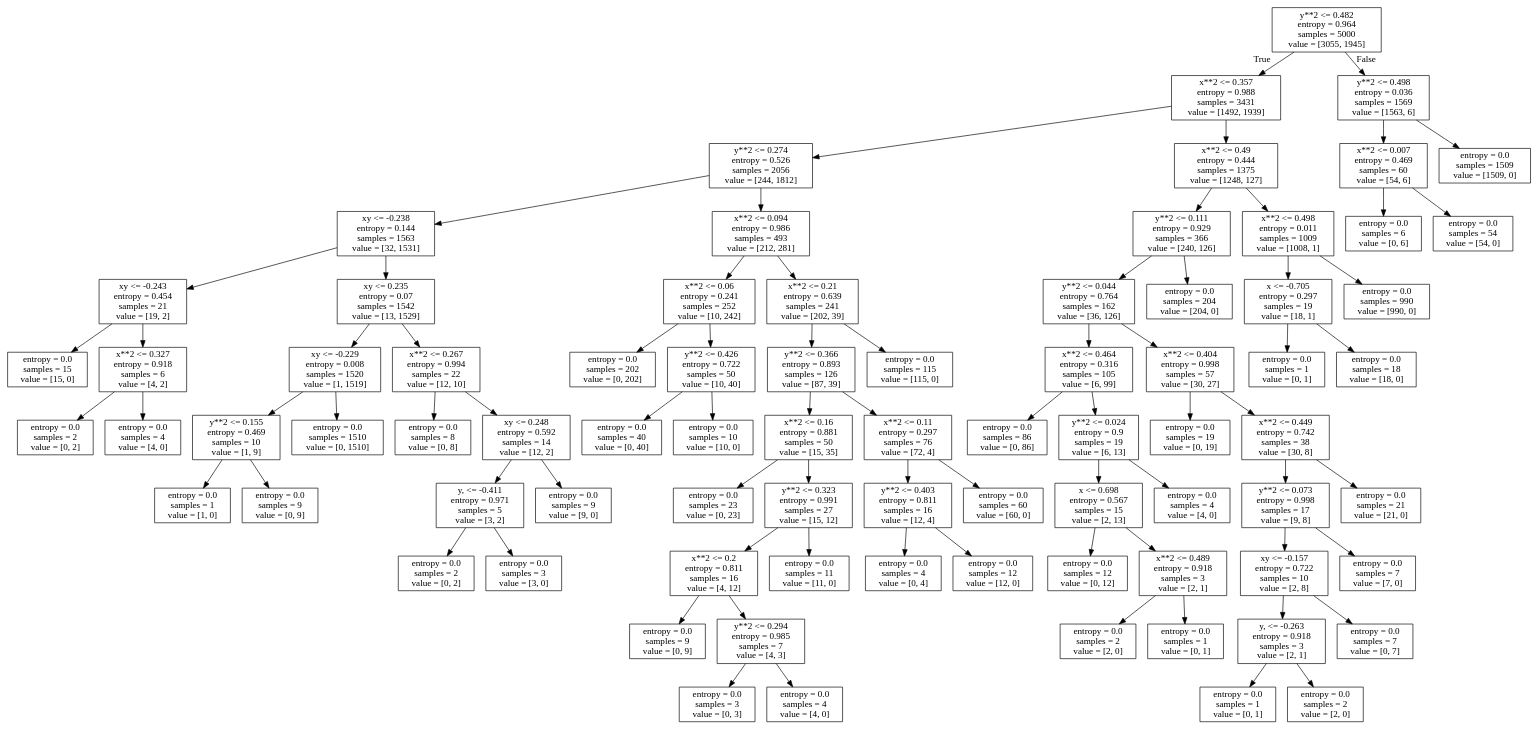
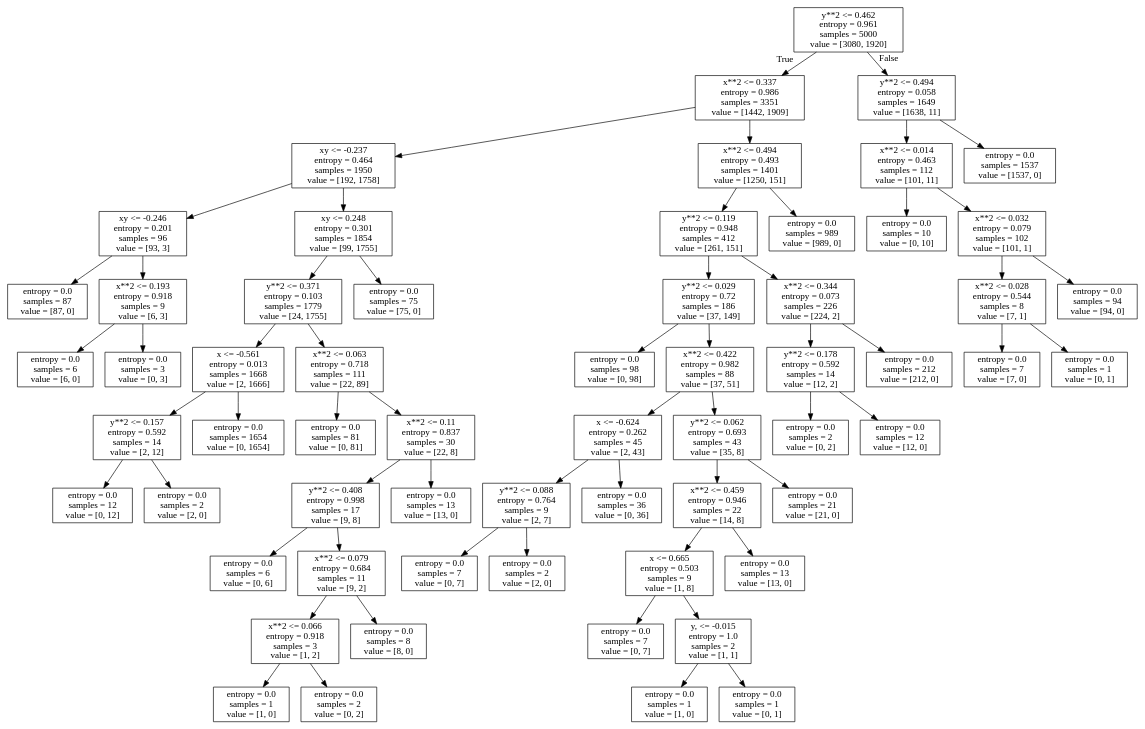
The diagram in Assignment3/t5a.dot (AbtahiChowdhury/csc59929-Intro-to-Machine-Learning), drawn with Graphviz before and after one commit. The commit also changed 9 other files, not shown here.

```diff
--- a/Assignment3/t5a.dot
+++ b/Assignment3/t5a.dot
@@ -1,160 +1,124 @@
 digraph Tree {
 node [shape=box] ;
-0 [label="y**2 <= 0.482\nentropy = 0.964\nsamples = 5000\nvalue = [3055, 1945]"] ;
-1 [label="x**2 <= 0.357\nentropy = 0.988\nsamples = 3431\nvalue = [1492, 1939]"] ;
+0 [label="y**2 <= 0.462\nentropy = 0.961\nsamples = 5000\nvalue = [3080, 1920]"] ;
+1 [label="x**2 <= 0.337\nentropy = 0.986\nsamples = 3351\nvalue = [1442, 1909]"] ;
 0 -> 1 [labeldistance=2.5, labelangle=45, headlabel="True"] ;
-2 [label="y**2 <= 0.274\nentropy = 0.526\nsamples = 2056\nvalue = [244, 1812]"] ;
+2 [label="xy <= -0.237\nentropy = 0.464\nsamples = 1950\nvalue = [192, 1758]"] ;
 1 -> 2 ;
-3 [label="xy <= -0.238\nentropy = 0.144\nsamples = 1563\nvalue = [32, 1531]"] ;
+3 [label="xy <= -0.246\nentropy = 0.201\nsamples = 96\nvalue = [93, 3]"] ;
 2 -> 3 ;
-4 [label="xy <= -0.243\nentropy = 0.454\nsamples = 21\nvalue = [19, 2]"] ;
+4 [label="entropy = 0.0\nsamples = 87\nvalue = [87, 0]"] ;
 3 -> 4 ;
-5 [label="entropy = 0.0\nsamples = 15\nvalue = [15, 0]"] ;
-4 -> 5 ;
-6 [label="x**2 <= 0.327\nentropy = 0.918\nsamples = 6\nvalue = [4, 2]"] ;
-4 -> 6 ;
-7 [label="entropy = 0.0\nsamples = 2\nvalue = [0, 2]"] ;
-6 -> 7 ;
-8 [label="entropy = 0.0\nsamples = 4\nvalue = [4, 0]"] ;
-6 -> 8 ;
-9 [label="xy <= 0.235\nentropy = 0.07\nsamples = 1542\nvalue = [13, 1529]"] ;
-3 -> 9 ;
-10 [label="xy <= -0.229\nentropy = 0.008\nsamples = 1520\nvalue = [1, 1519]"] ;
+5 [label="x**2 <= 0.193\nentropy = 0.918\nsamples = 9\nvalue = [6, 3]"] ;
+3 -> 5 ;
+6 [label="entropy = 0.0\nsamples = 6\nvalue = [6, 0]"] ;
+5 -> 6 ;
+7 [label="entropy = 0.0\nsamples = 3\nvalue = [0, 3]"] ;
+5 -> 7 ;
+8 [label="xy <= 0.248\nentropy = 0.301\nsamples = 1854\nvalue = [99, 1755]"] ;
+2 -> 8 ;
+9 [label="y**2 <= 0.371\nentropy = 0.103\nsamples = 1779\nvalue = [24, 1755]"] ;
+8 -> 9 ;
+10 [label="x <= -0.561\nentropy = 0.013\nsamples = 1668\nvalue = [2, 1666]"] ;
 9 -> 10 ;
-11 [label="y**2 <= 0.155\nentropy = 0.469\nsamples = 10\nvalue = [1, 9]"] ;
+11 [label="y**2 <= 0.157\nentropy = 0.592\nsamples = 14\nvalue = [2, 12]"] ;
 10 -> 11 ;
-12 [label="entropy = 0.0\nsamples = 1\nvalue = [1, 0]"] ;
+12 [label="entropy = 0.0\nsamples = 12\nvalue = [0, 12]"] ;
 11 -> 12 ;
-13 [label="entropy = 0.0\nsamples = 9\nvalue = [0, 9]"] ;
+13 [label="entropy = 0.0\nsamples = 2\nvalue = [2, 0]"] ;
 11 -> 13 ;
-14 [label="entropy = 0.0\nsamples = 1510\nvalue = [0, 1510]"] ;
+14 [label="entropy = 0.0\nsamples = 1654\nvalue = [0, 1654]"] ;
 10 -> 14 ;
-15 [label="x**2 <= 0.267\nentropy = 0.994\nsamples = 22\nvalue = [12, 10]"] ;
+15 [label="x**2 <= 0.063\nentropy = 0.718\nsamples = 111\nvalue = [22, 89]"] ;
 9 -> 15 ;
-16 [label="entropy = 0.0\nsamples = 8\nvalue = [0, 8]"] ;
+16 [label="entropy = 0.0\nsamples = 81\nvalue = [0, 81]"] ;
 15 -> 16 ;
-17 [label="xy <= 0.248\nentropy = 0.592\nsamples = 14\nvalue = [12, 2]"] ;
+17 [label="x**2 <= 0.11\nentropy = 0.837\nsamples = 30\nvalue = [22, 8]"] ;
 15 -> 17 ;
-18 [label="y, <= -0.411\nentropy = 0.971\nsamples = 5\nvalue = [3, 2]"] ;
+18 [label="y**2 <= 0.408\nentropy = 0.998\nsamples = 17\nvalue = [9, 8]"] ;
 17 -> 18 ;
-19 [label="entropy = 0.0\nsamples = 2\nvalue = [0, 2]"] ;
+19 [label="entropy = 0.0\nsamples = 6\nvalue = [0, 6]"] ;
 18 -> 19 ;
-20 [label="entropy = 0.0\nsamples = 3\nvalue = [3, 0]"] ;
+20 [label="x**2 <= 0.079\nentropy = 0.684\nsamples = 11\nvalue = [9, 2]"] ;
 18 -> 20 ;
-21 [label="entropy = 0.0\nsamples = 9\nvalue = [9, 0]"] ;
-17 -> 21 ;
-22 [label="x**2 <= 0.094\nentropy = 0.986\nsamples = 493\nvalue = [212, 281]"] ;
-2 -> 22 ;
-23 [label="x**2 <= 0.06\nentropy = 0.241\nsamples = 252\nvalue = [10, 242]"] ;
-22 -> 23 ;
-24 [label="entropy = 0.0\nsamples = 202\nvalue = [0, 202]"] ;
-23 -> 24 ;
-25 [label="y**2 <= 0.426\nentropy = 0.722\nsamples = 50\nvalue = [10, 40]"] ;
-23 -> 25 ;
-26 [label="entropy = 0.0\nsamples = 40\nvalue = [0, 40]"] ;
-25 -> 26 ;
-27 [label="entropy = 0.0\nsamples = 10\nvalue = [10, 0]"] ;
-25 -> 27 ;
-28 [label="x**2 <= 0.21\nentropy = 0.639\nsamples = 241\nvalue = [202, 39]"] ;
-22 -> 28 ;
-29 [label="y**2 <= 0.366\nentropy = 0.893\nsamples = 126\nvalue = [87, 39]"] ;
+21 [label="x**2 <= 0.066\nentropy = 0.918\nsamples = 3\nvalue = [1, 2]"] ;
+20 -> 21 ;
+22 [label="entropy = 0.0\nsamples = 1\nvalue = [1, 0]"] ;
+21 -> 22 ;
+23 [label="entropy = 0.0\nsamples = 2\nvalue = [0, 2]"] ;
+21 -> 23 ;
+24 [label="entropy = 0.0\nsamples = 8\nvalue = [8, 0]"] ;
+20 -> 24 ;
+25 [label="entropy = 0.0\nsamples = 13\nvalue = [13, 0]"] ;
+17 -> 25 ;
+26 [label="entropy = 0.0\nsamples = 75\nvalue = [75, 0]"] ;
+8 -> 26 ;
+27 [label="x**2 <= 0.494\nentropy = 0.493\nsamples = 1401\nvalue = [1250, 151]"] ;
+1 -> 27 ;
+28 [label="y**2 <= 0.119\nentropy = 0.948\nsamples = 412\nvalue = [261, 151]"] ;
+27 -> 28 ;
+29 [label="y**2 <= 0.029\nentropy = 0.72\nsamples = 186\nvalue = [37, 149]"] ;
 28 -> 29 ;
-30 [label="x**2 <= 0.16\nentropy = 0.881\nsamples = 50\nvalue = [15, 35]"] ;
+30 [label="entropy = 0.0\nsamples = 98\nvalue = [0, 98]"] ;
 29 -> 30 ;
-31 [label="entropy = 0.0\nsamples = 23\nvalue = [0, 23]"] ;
-30 -> 31 ;
-32 [label="y**2 <= 0.323\nentropy = 0.991\nsamples = 27\nvalue = [15, 12]"] ;
-30 -> 32 ;
-33 [label="x**2 <= 0.2\nentropy = 0.811\nsamples = 16\nvalue = [4, 12]"] ;
+31 [label="x**2 <= 0.422\nentropy = 0.982\nsamples = 88\nvalue = [37, 51]"] ;
+29 -> 31 ;
+32 [label="x <= -0.624\nentropy = 0.262\nsamples = 45\nvalue = [2, 43]"] ;
+31 -> 32 ;
+33 [label="y**2 <= 0.088\nentropy = 0.764\nsamples = 9\nvalue = [2, 7]"] ;
 32 -> 33 ;
-34 [label="entropy = 0.0\nsamples = 9\nvalue = [0, 9]"] ;
+34 [label="entropy = 0.0\nsamples = 7\nvalue = [0, 7]"] ;
 33 -> 34 ;
-35 [label="y**2 <= 0.294\nentropy = 0.985\nsamples = 7\nvalue = [4, 3]"] ;
+35 [label="entropy = 0.0\nsamples = 2\nvalue = [2, 0]"] ;
 33 -> 35 ;
-36 [label="entropy = 0.0\nsamples = 3\nvalue = [0, 3]"] ;
-35 -> 36 ;
-37 [label="entropy = 0.0\nsamples = 4\nvalue = [4, 0]"] ;
-35 -> 37 ;
-38 [label="entropy = 0.0\nsamples = 11\nvalue = [11, 0]"] ;
-32 -> 38 ;
-39 [label="x**2 <= 0.11\nentropy = 0.297\nsamples = 76\nvalue = [72, 4]"] ;
-29 -> 39 ;
-40 [label="y**2 <= 0.403\nentropy = 0.811\nsamples = 16\nvalue = [12, 4]"] ;
+36 [label="entropy = 0.0\nsamples = 36\nvalue = [0, 36]"] ;
+32 -> 36 ;
+37 [label="y**2 <= 0.062\nentropy = 0.693\nsamples = 43\nvalue = [35, 8]"] ;
+31 -> 37 ;
+38 [label="x**2 <= 0.459\nentropy = 0.946\nsamples = 22\nvalue = [14, 8]"] ;
+37 -> 38 ;
+39 [label="x <= 0.665\nentropy = 0.503\nsamples = 9\nvalue = [1, 8]"] ;
+38 -> 39 ;
+40 [label="entropy = 0.0\nsamples = 7\nvalue = [0, 7]"] ;
 39 -> 40 ;
-41 [label="entropy = 0.0\nsamples = 4\nvalue = [0, 4]"] ;
-40 -> 41 ;
-42 [label="entropy = 0.0\nsamples = 12\nvalue = [12, 0]"] ;
-40 -> 42 ;
-43 [label="entropy = 0.0\nsamples = 60\nvalue = [60, 0]"] ;
-39 -> 43 ;
-44 [label="entropy = 0.0\nsamples = 115\nvalue = [115, 0]"] ;
-28 -> 44 ;
-45 [label="x**2 <= 0.49\nentropy = 0.444\nsamples = 1375\nvalue = [1248, 127]"] ;
-1 -> 45 ;
-46 [label="y**2 <= 0.111\nentropy = 0.929\nsamples = 366\nvalue = [240, 126]"] ;
-45 -> 46 ;
-47 [label="y**2 <= 0.044\nentropy = 0.764\nsamples = 162\nvalue = [36, 126]"] ;
+41 [label="y, <= -0.015\nentropy = 1.0\nsamples = 2\nvalue = [1, 1]"] ;
+39 -> 41 ;
+42 [label="entropy = 0.0\nsamples = 1\nvalue = [1, 0]"] ;
+41 -> 42 ;
+43 [label="entropy = 0.0\nsamples = 1\nvalue = [0, 1]"] ;
+41 -> 43 ;
+44 [label="entropy = 0.0\nsamples = 13\nvalue = [13, 0]"] ;
+38 -> 44 ;
+45 [label="entropy = 0.0\nsamples = 21\nvalue = [21, 0]"] ;
+37 -> 45 ;
+46 [label="x**2 <= 0.344\nentropy = 0.073\nsamples = 226\nvalue = [224, 2]"] ;
+28 -> 46 ;
+47 [label="y**2 <= 0.178\nentropy = 0.592\nsamples = 14\nvalue = [12, 2]"] ;
 46 -> 47 ;
-48 [label="x**2 <= 0.464\nentropy = 0.316\nsamples = 105\nvalue = [6, 99]"] ;
+48 [label="entropy = 0.0\nsamples = 2\nvalue = [0, 2]"] ;
 47 -> 48 ;
-49 [label="entropy = 0.0\nsamples = 86\nvalue = [0, 86]"] ;
-48 -> 49 ;
-50 [label="y**2 <= 0.024\nentropy = 0.9\nsamples = 19\nvalue = [6, 13]"] ;
-48 -> 50 ;
-51 [label="x <= 0.698\nentropy = 0.567\nsamples = 15\nvalue = [2, 13]"] ;
-50 -> 51 ;
-52 [label="entropy = 0.0\nsamples = 12\nvalue = [0, 12]"] ;
-51 -> 52 ;
-53 [label="x**2 <= 0.489\nentropy = 0.918\nsamples = 3\nvalue = [2, 1]"] ;
-51 -> 53 ;
-54 [label="entropy = 0.0\nsamples = 2\nvalue = [2, 0]"] ;
+49 [label="entropy = 0.0\nsamples = 12\nvalue = [12, 0]"] ;
+47 -> 49 ;
+50 [label="entropy = 0.0\nsamples = 212\nvalue = [212, 0]"] ;
+46 -> 50 ;
+51 [label="entropy = 0.0\nsamples = 989\nvalue = [989, 0]"] ;
+27 -> 51 ;
+52 [label="y**2 <= 0.494\nentropy = 0.058\nsamples = 1649\nvalue = [1638, 11]"] ;
+0 -> 52 [labeldistance=2.5, labelangle=-45, headlabel="False"] ;
+53 [label="x**2 <= 0.014\nentropy = 0.463\nsamples = 112\nvalue = [101, 11]"] ;
+52 -> 53 ;
+54 [label="entropy = 0.0\nsamples = 10\nvalue = [0, 10]"] ;
 53 -> 54 ;
-55 [label="entropy = 0.0\nsamples = 1\nvalue = [0, 1]"] ;
+55 [label="x**2 <= 0.032\nentropy = 0.079\nsamples = 102\nvalue = [101, 1]"] ;
 53 -> 55 ;
-56 [label="entropy = 0.0\nsamples = 4\nvalue = [4, 0]"] ;
-50 -> 56 ;
-57 [label="x**2 <= 0.404\nentropy = 0.998\nsamples = 57\nvalue = [30, 27]"] ;
-47 -> 57 ;
-58 [label="entropy = 0.0\nsamples = 19\nvalue = [0, 19]"] ;
-57 -> 58 ;
-59 [label="x**2 <= 0.449\nentropy = 0.742\nsamples = 38\nvalue = [30, 8]"] ;
-57 -> 59 ;
-60 [label="y**2 <= 0.073\nentropy = 0.998\nsamples = 17\nvalue = [9, 8]"] ;
-59 -> 60 ;
-61 [label="xy <= -0.157\nentropy = 0.722\nsamples = 10\nvalue = [2, 8]"] ;
-60 -> 61 ;
-62 [label="y, <= -0.263\nentropy = 0.918\nsamples = 3\nvalue = [2, 1]"] ;
-61 -> 62 ;
-63 [label="entropy = 0.0\nsamples = 1\nvalue = [0, 1]"] ;
-62 -> 63 ;
-64 [label="entropy = 0.0\nsamples = 2\nvalue = [2, 0]"] ;
-62 -> 64 ;
-65 [label="entropy = 0.0\nsamples = 7\nvalue = [0, 7]"] ;
-61 -> 65 ;
-66 [label="entropy = 0.0\nsamples = 7\nvalue = [7, 0]"] ;
-60 -> 66 ;
-67 [label="entropy = 0.0\nsamples = 21\nvalue = [21, 0]"] ;
-59 -> 67 ;
-68 [label="entropy = 0.0\nsamples = 204\nvalue = [204, 0]"] ;
-46 -> 68 ;
-69 [label="x**2 <= 0.498\nentropy = 0.011\nsamples = 1009\nvalue = [1008, 1]"] ;
-45 -> 69 ;
-70 [label="x <= -0.705\nentropy = 0.297\nsamples = 19\nvalue = [18, 1]"] ;
-69 -> 70 ;
-71 [label="entropy = 0.0\nsamples = 1\nvalue = [0, 1]"] ;
-70 -> 71 ;
-72 [label="entropy = 0.0\nsamples = 18\nvalue = [18, 0]"] ;
-70 -> 72 ;
-73 [label="entropy = 0.0\nsamples = 990\nvalue = [990, 0]"] ;
-69 -> 73 ;
-74 [label="y**2 <= 0.498\nentropy = 0.036\nsamples = 1569\nvalue = [1563, 6]"] ;
-0 -> 74 [labeldistance=2.5, labelangle=-45, headlabel="False"] ;
-75 [label="x**2 <= 0.007\nentropy = 0.469\nsamples = 60\nvalue = [54, 6]"] ;
-74 -> 75 ;
-76 [label="entropy = 0.0\nsamples = 6\nvalue = [0, 6]"] ;
-75 -> 76 ;
-77 [label="entropy = 0.0\nsamples = 54\nvalue = [54, 0]"] ;
-75 -> 77 ;
-78 [label="entropy = 0.0\nsamples = 1509\nvalue = [1509, 0]"] ;
-74 -> 78 ;
+56 [label="x**2 <= 0.028\nentropy = 0.544\nsamples = 8\nvalue = [7, 1]"] ;
+55 -> 56 ;
+57 [label="entropy = 0.0\nsamples = 7\nvalue = [7, 0]"] ;
+56 -> 57 ;
+58 [label="entropy = 0.0\nsamples = 1\nvalue = [0, 1]"] ;
+56 -> 58 ;
+59 [label="entropy = 0.0\nsamples = 94\nvalue = [94, 0]"] ;
+55 -> 59 ;
+60 [label="entropy = 0.0\nsamples = 1537\nvalue = [1537, 0]"] ;
+52 -> 60 ;
 }
```
